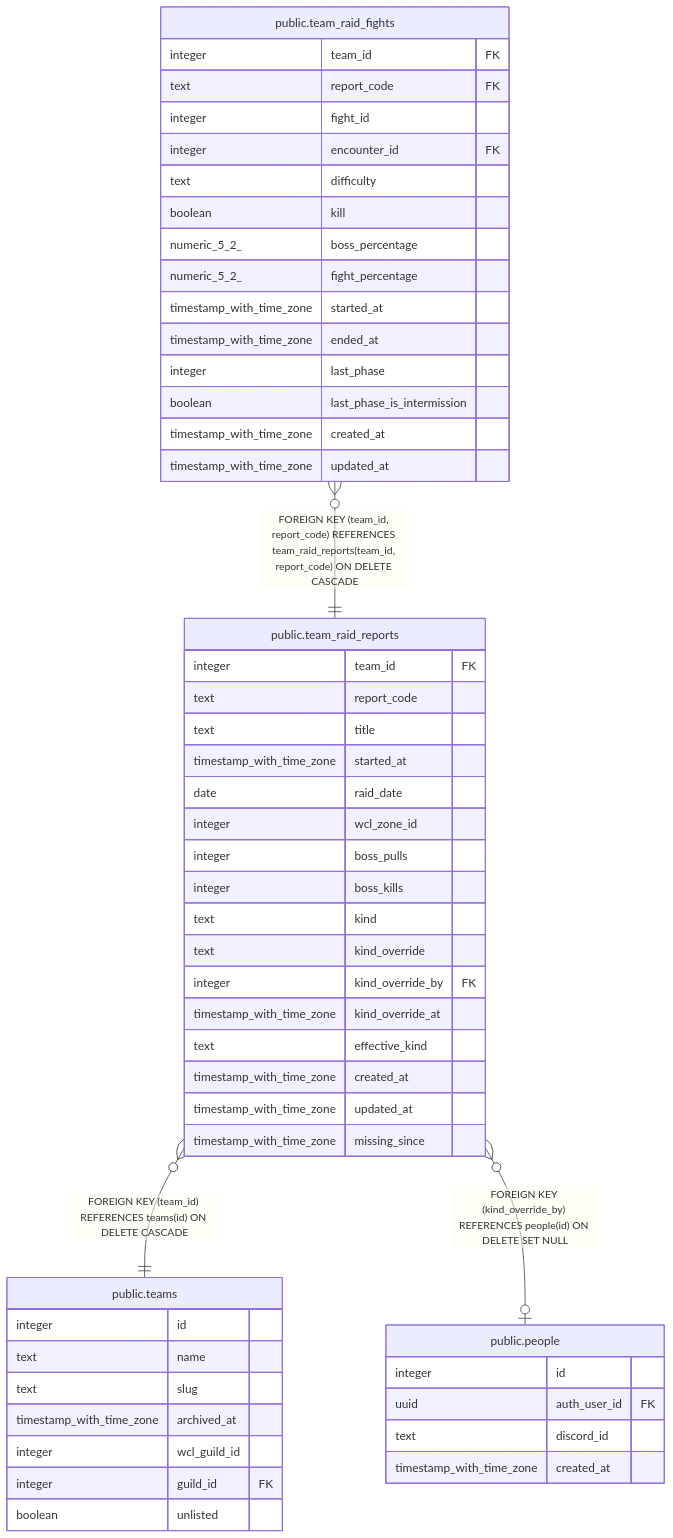
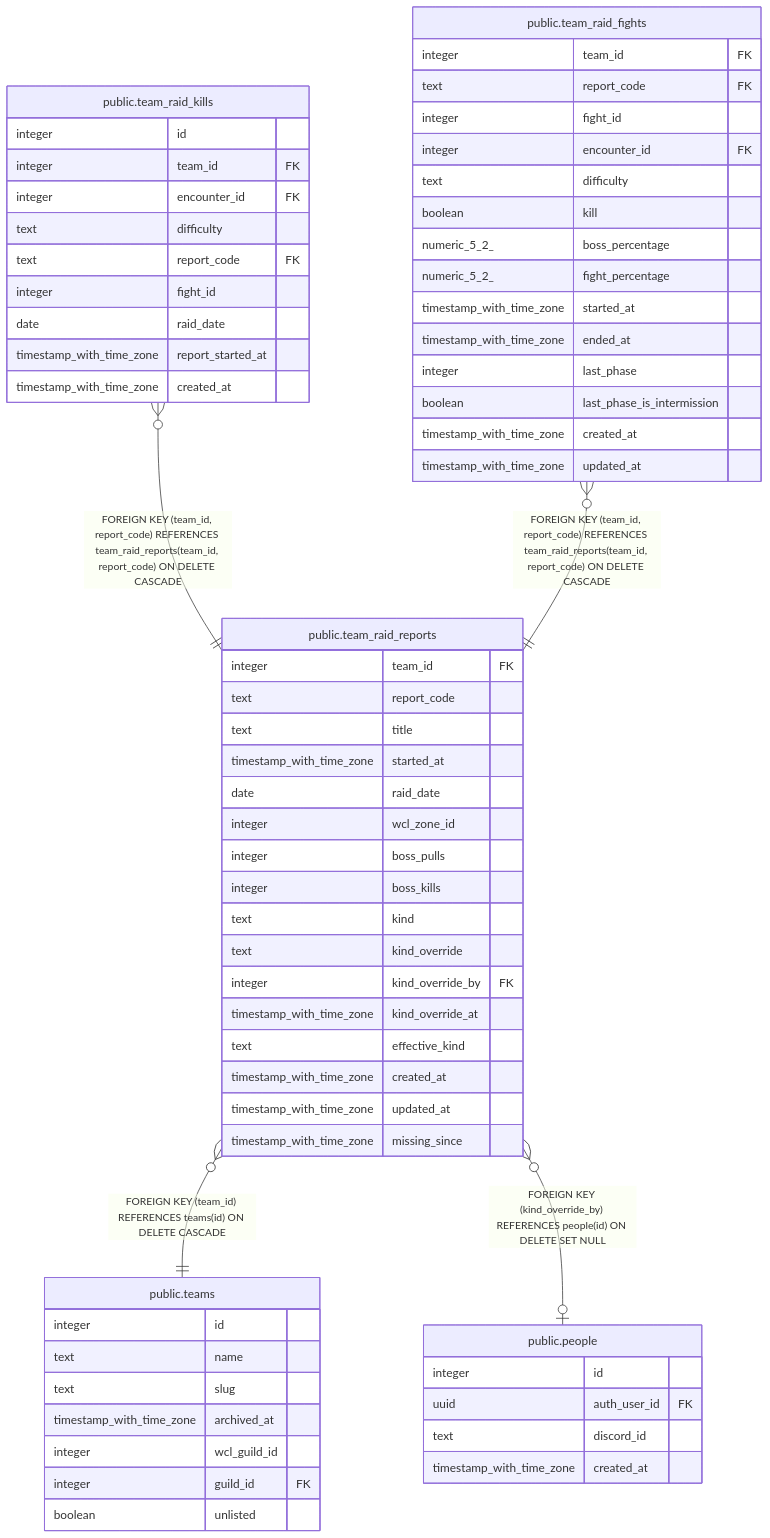
One commit to katogaming88/WGA-Raid-Hub changed the diagram in dbdoc/public.team_raid_reports.md. Above: the diagram before and after it, drawn with Mermaid. The commit also changed other lines of this file and 12 other files, not shown here.

````diff
--- a/dbdoc/public.team_raid_reports.md
+++ b/dbdoc/public.team_raid_reports.md
@@ -54,57 +54,69 @@
 ```mermaid
 erDiagram
 
 "public.team_raid_reports" }o--|| "public.teams" : "FOREIGN KEY (team_id) REFERENCES teams(id) ON DELETE CASCADE"
+"public.team_raid_kills" }o--|| "public.team_raid_reports" : "FOREIGN KEY (team_id, report_code) REFERENCES team_raid_reports(team_id, report_code) ON DELETE CASCADE"
 "public.team_raid_fights" }o--|| "public.team_raid_reports" : "FOREIGN KEY (team_id, report_code) REFERENCES team_raid_reports(team_id, report_code) ON DELETE CASCADE"
 "public.team_raid_reports" }o--o| "public.people" : "FOREIGN KEY (kind_override_by) REFERENCES people(id) ON DELETE SET NULL"
 
 "public.team_raid_reports" {
   integer team_id FK
   text report_code
   text title
   timestamp_with_time_zone started_at
   date raid_date
   integer wcl_zone_id
   integer boss_pulls
   integer boss_kills
   text kind
   text kind_override
   integer kind_override_by FK
   timestamp_with_time_zone kind_override_at
   text effective_kind
   timestamp_with_time_zone created_at
   timestamp_with_time_zone updated_at
   timestamp_with_time_zone missing_since
 }
 "public.teams" {
   integer id
   text name
   text slug
   timestamp_with_time_zone archived_at
   integer wcl_guild_id
   integer guild_id FK
   boolean unlisted
 }
+"public.team_raid_kills" {
+  integer id
+  integer team_id FK
+  integer encounter_id FK
+  text difficulty
+  text report_code FK
+  integer fight_id
+  date raid_date
+  timestamp_with_time_zone report_started_at
+  timestamp_with_time_zone created_at
+}
 "public.team_raid_fights" {
   integer team_id FK
   text report_code FK
   integer fight_id
   integer encounter_id FK
   text difficulty
   boolean kill
   numeric_5_2_ boss_percentage
   numeric_5_2_ fight_percentage
   timestamp_with_time_zone started_at
   timestamp_with_time_zone ended_at
   integer last_phase
   boolean last_phase_is_intermission
   timestamp_with_time_zone created_at
   timestamp_with_time_zone updated_at
 }
 "public.people" {
   integer id
   uuid auth_user_id FK
   text discord_id
   timestamp_with_time_zone created_at
 }
 ```
````
